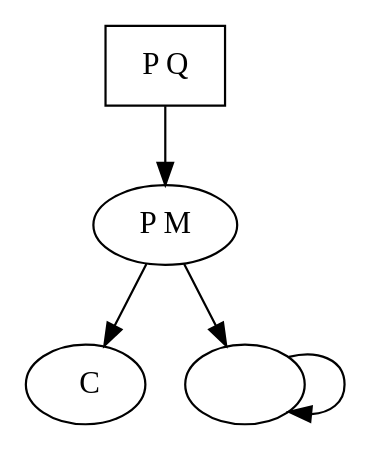
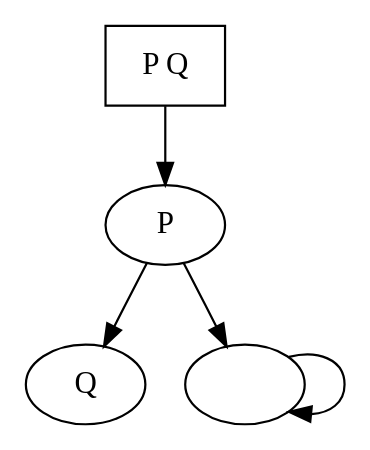
Before and after one commit to f-musa/ctl-model-checker: the diagram in example.dot, drawn with Graphviz. The commit also changed 5 other files, not shown here.

```diff
--- a/example.dot
+++ b/example.dot
@@ -1,15 +1,15 @@
-digraph mon_systeme {
-    /* Liste des n÷uds avec leurs labels séparés par des espaces */
-    q1 [ label =" P Q "];
-    q2 [ label =" P M"];
-    q3 [ label ="  C"];
-    q4 [ label ="  "];
+ digraph mon_systeme {
+ /* Liste des n÷uds avec leurs labels séparés par des espaces */
+ q1 [ label =" P Q "];
+ q2 [ label =" P "];
+ q3 [ label =" Q "];
+ q4 [ label =""];
 
-    /* Un seul n÷ud initial */
-    q1 [ shape = box ];
+ /* Un seul n÷ud initial */
+ q1 [ shape = box ];
 
-    /* Transitions */
-    q1 -> q2 -> q3 ;
-    q2 -> q4 ;
-    q4 -> q4 ;
+/* Transitions */
+ q1 -> q2 -> q3 ;
+ q2 -> q4 ;
+ q4 -> q4 ;
  }
```
